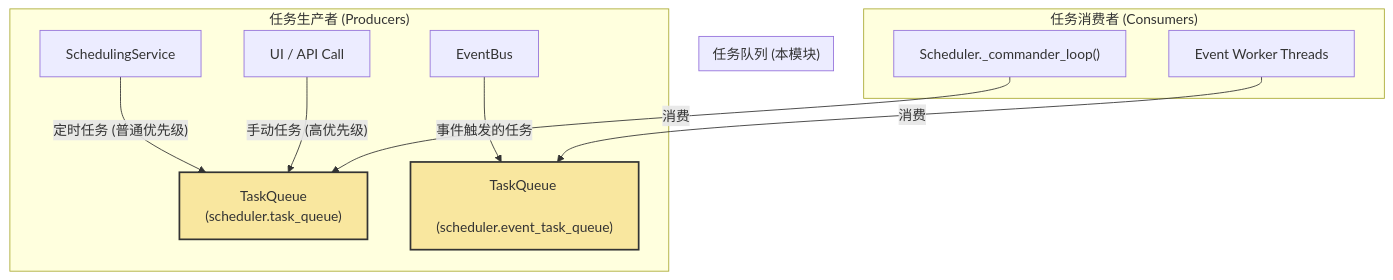
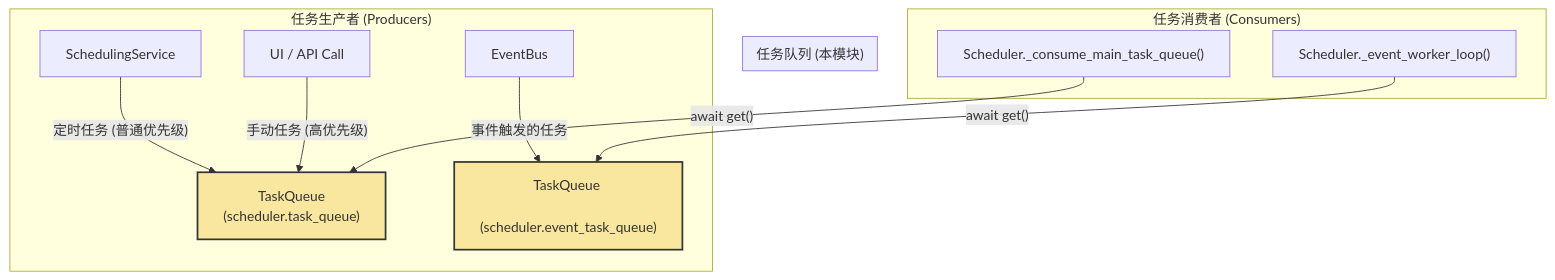
The diagram in readme/core_doc/task_queue.md (nightofknife/aura-framework), drawn with Mermaid before and after one commit. The commit also changed other lines of this file and 22 other files, not shown here.

````diff
--- a/readme/core_doc/task_queue.md
+++ b/readme/core_doc/task_queue.md
@@ -18,21 +23,21 @@
 ```mermaid
 graph TD
     subgraph "任务生产者 (Producers)"
         SchedulingService -- "定时任务 (普通优先级)" --> TQ
         ManualAPI["UI / API Call"] -- "手动任务 (高优先级)" --> TQ
         EventBus -- "事件触发的任务" --> ETQ
     end
 
     subgraph "任务队列 (本模块)"
         TQ["TaskQueue <br> (scheduler.task_queue)"]
         ETQ["TaskQueue <br> (scheduler.event_task_queue)"]
     end
 
     subgraph "任务消费者 (Consumers)"
-        Commander["Scheduler._commander_loop()"] -- "消费" --> TQ
-        Workers["Event Worker Threads"] -- "消费" --> ETQ
+        Commander["Scheduler._consume_main_task_queue()"] -- "await get()" --> TQ
+        Workers["Scheduler._event_worker_loop()"] -- "await get()" --> ETQ
     end
 
     style TQ fill:#f9e79f,stroke:#333,stroke-width:2px
     style ETQ fill:#f9e79f,stroke:#333,stroke-width:2px
 ```
````
